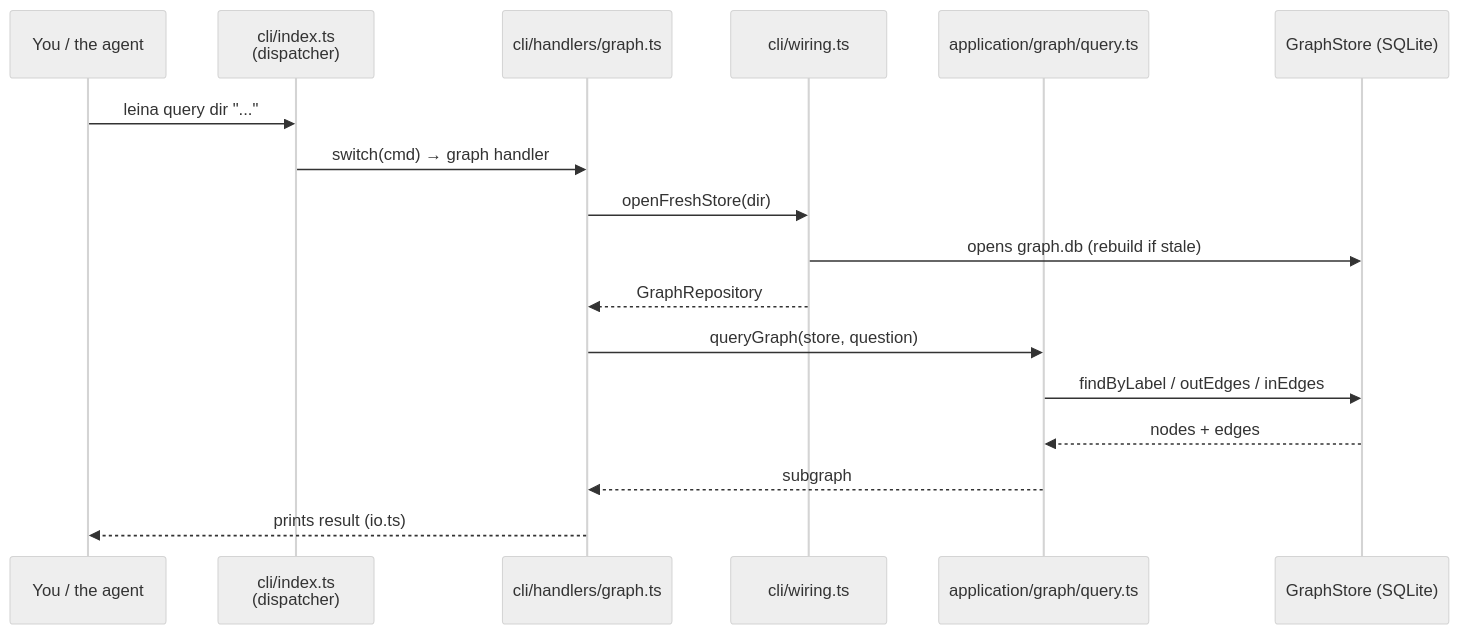
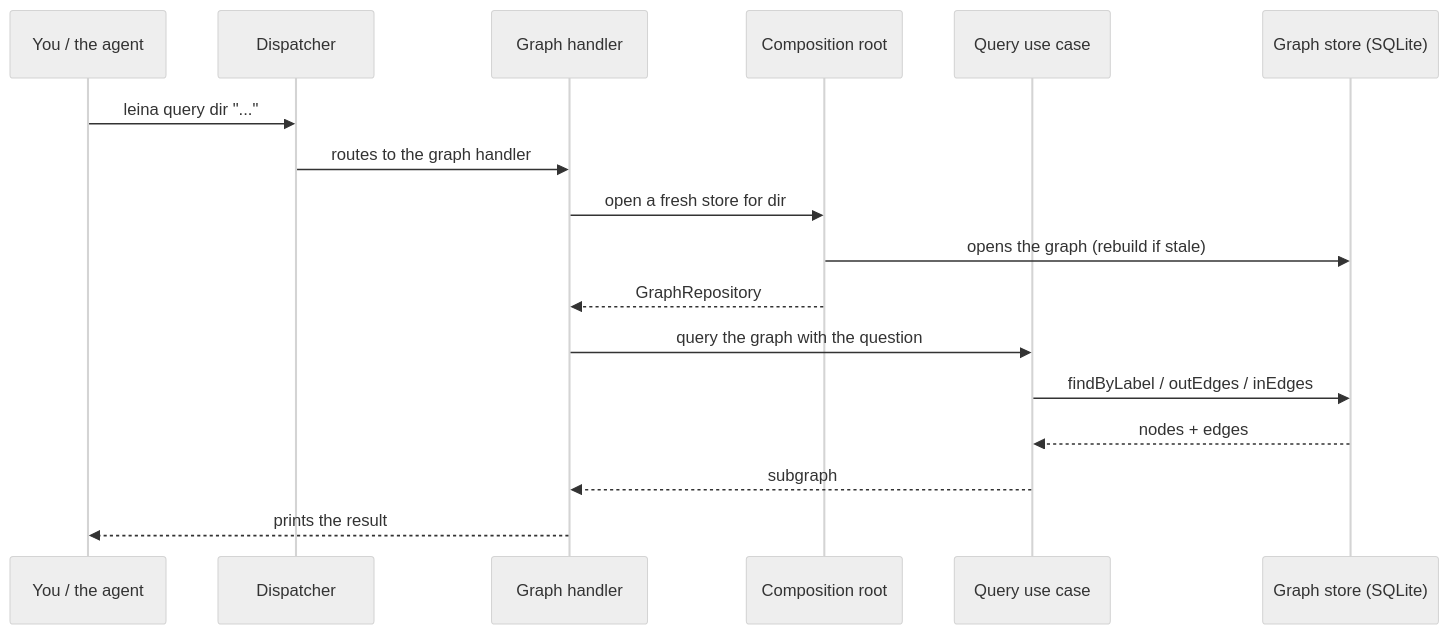
Before and after one commit to Kolimar/leina: the third of 4 diagrams in docs/i18n/en/concepts/01-arquitectura.md, drawn with Mermaid (neutral theme). The commit also changed other lines of this file and 22 other files, not shown here.

````diff
--- a/docs/i18n/en/concepts/01-arquitectura.md
+++ b/docs/i18n/en/concepts/01-arquitectura.md
@@ -99,20 +99,20 @@
 ```mermaid
 sequenceDiagram
     participant U as You / the agent
-    participant I as cli/index.ts<br/>(dispatcher)
-    participant H as cli/handlers/graph.ts
-    participant W as cli/wiring.ts
-    participant A as application/graph/query.ts
-    participant S as GraphStore (SQLite)
+    participant I as Dispatcher
+    participant H as Graph handler
+    participant W as Composition root
+    participant A as Query use case
+    participant S as Graph store (SQLite)
 
     U->>I: leina query dir "..."
-    I->>H: switch(cmd) → graph handler
-    H->>W: openFreshStore(dir)
-    W->>S: opens graph.db (rebuild if stale)
+    I->>H: routes to the graph handler
+    H->>W: open a fresh store for dir
+    W->>S: opens the graph (rebuild if stale)
     W-->>H: GraphRepository
-    H->>A: queryGraph(store, question)
+    H->>A: query the graph with the question
     A->>S: findByLabel / outEdges / inEdges
     S-->>A: nodes + edges
     A-->>H: subgraph
-    H-->>U: prints result (io.ts)
+    H-->>U: prints the result
 ```
````
